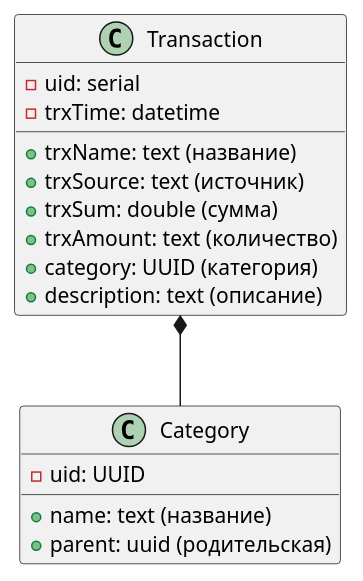
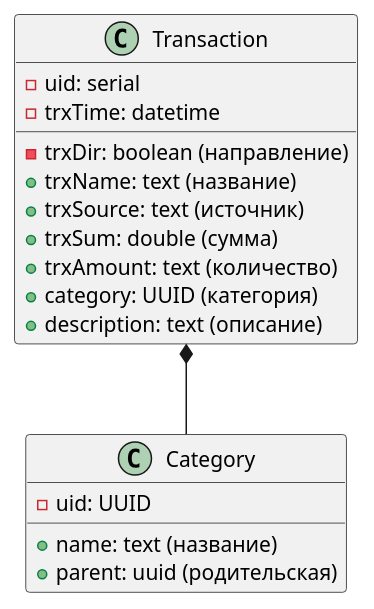
The diagram in datamodel.puml (Ivan-Igorevich/YAAP), drawn with PlantUML before and after one commit. The commit also changed 30 other files, not shown here.

```diff
--- a/datamodel.puml
+++ b/datamodel.puml
@@ -1,22 +1,23 @@
 @startuml
 
 class Transaction {
 	-uid: serial
 	-trxTime: datetime
+	-trxDir: boolean (направление)
 	+trxName: text (название)
 	+trxSource: text (источник)
 	+trxSum: double (сумма)
 	+trxAmount: text (количество)
 	+category: UUID (категория)
 	+description: text (описание)
 }
 
 class Category {
 	-uid: UUID
 	+name: text (название)
 	+parent: uuid (родительская)
 }
 
 Transaction *-down- Category
 
 @enduml
```
